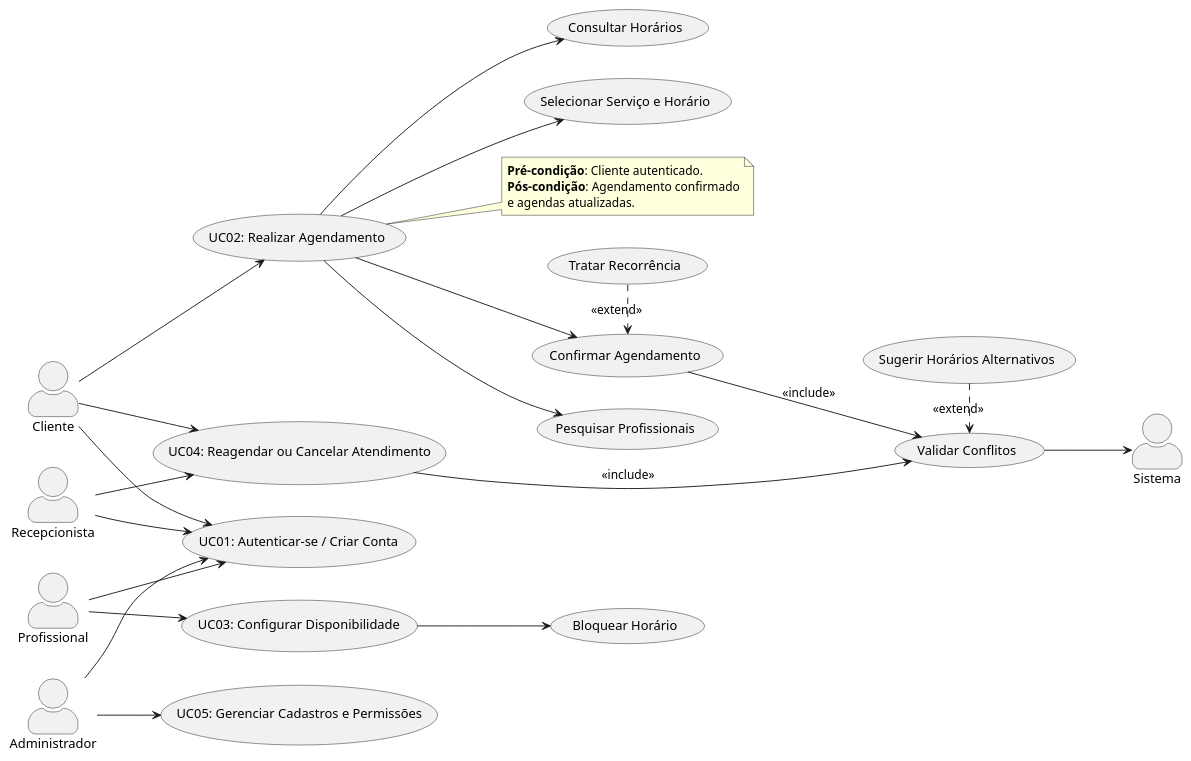
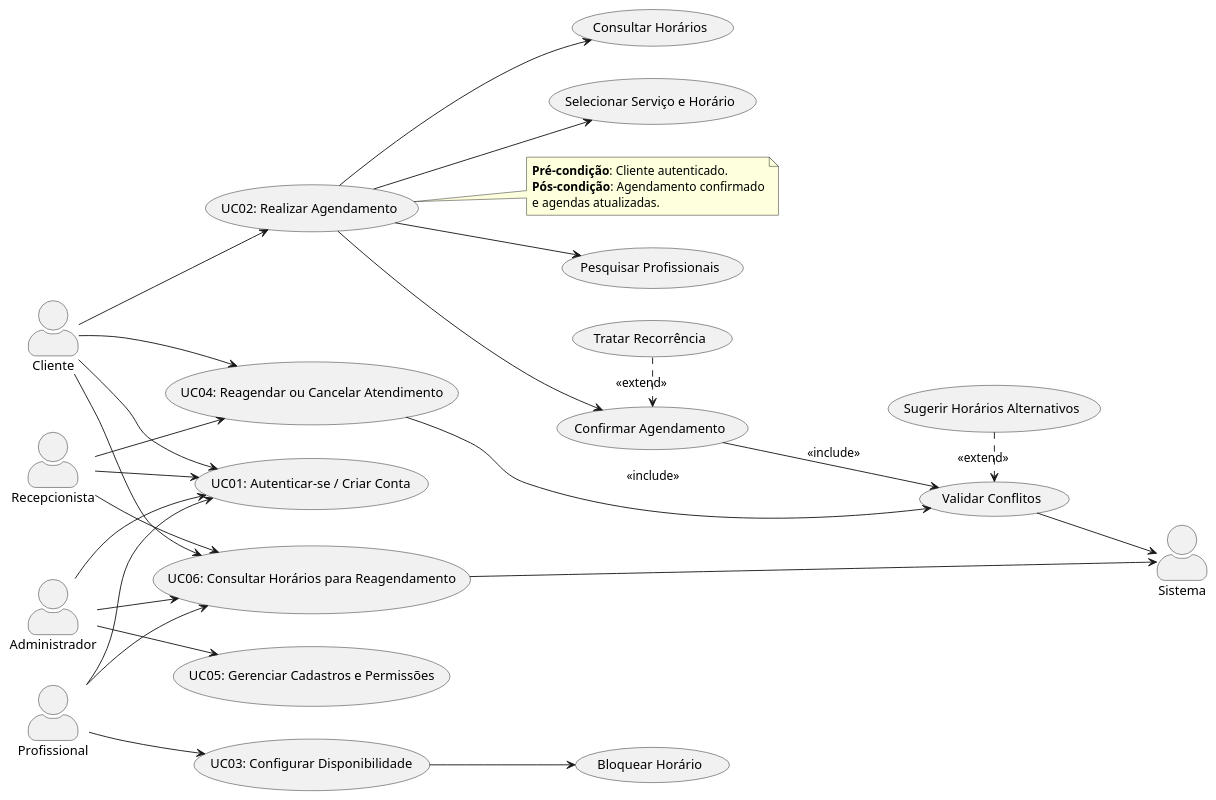
The first of 2 diagrams in docs/Elaboracao/levreq.md (Projetos-de-Extensao/PBE_26.2_8002_I), drawn with PlantUML before and after one commit. The commit also changed other lines of this file and 4 other files, not shown here.

````diff
--- a/docs/Elaboracao/levreq.md
+++ b/docs/Elaboracao/levreq.md
@@ -166,62 +199,69 @@
 ```plantuml
 @startuml AgendamentoMultidisciplinar_CasosDeUso
 
 left to right direction
 skinparam actorStyle awesome
 
 actor Cliente
 actor Profissional
 actor Recepcionista
 actor Administrador
 actor "Sistema" as Sistema
 
 usecase (UC01: Autenticar-se / Criar Conta) as UC01
 
 usecase (UC02: Realizar Agendamento) as UC02
 usecase (Pesquisar Profissionais) as UC02_1
 usecase (Consultar Horários) as UC02_2
 usecase (Selecionar Serviço e Horário) as UC02_3
 usecase (Confirmar Agendamento) as UC02_4
 usecase (Validar Conflitos) as UC02_V
 usecase (Sugerir Horários Alternativos) as FA_Conflito
 usecase (Tratar Recorrência) as FA_Recorrencia
 
 usecase (UC03: Configurar Disponibilidade) as UC03
 usecase (Bloquear Horário) as UC03_1
 
 usecase (UC04: Reagendar ou Cancelar Atendimento) as UC04
 
 usecase (UC05: Gerenciar Cadastros e Permissões) as UC05
+usecase (UC06: Consultar Horários para Reagendamento) as UC06
 
 Cliente --> UC01
 Profissional --> UC01
 Recepcionista --> UC01
 Administrador --> UC01
 
 Cliente --> UC02
 UC02 --> UC02_1
 UC02 --> UC02_2
 UC02 --> UC02_3
 UC02 --> UC02_4
 UC02_4 --> UC02_V : <<include>>
 UC02_V --> Sistema
 FA_Conflito .> UC02_V : <<extend>>
 FA_Recorrencia .> UC02_4 : <<extend>>
 
 Profissional --> UC03
 UC03 --> UC03_1
 
 Cliente --> UC04
 Recepcionista --> UC04
 UC04 --> UC02_V : <<include>>
 
 Administrador --> UC05
 
+Cliente --> UC06
+Profissional --> UC06
+Recepcionista --> UC06
+Administrador --> UC06
+UC06 --> Sistema
+
 note right of UC02
   **Pré-condição**: Cliente autenticado.
   **Pós-condição**: Agendamento confirmado
   e agendas atualizadas.
 end note
 
 @enduml
 ```
````
